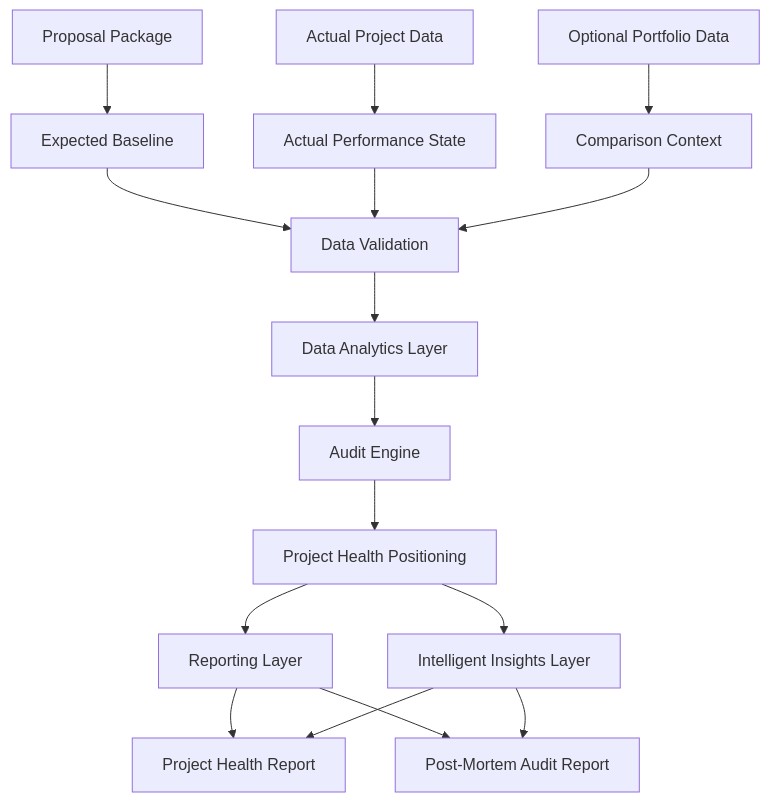
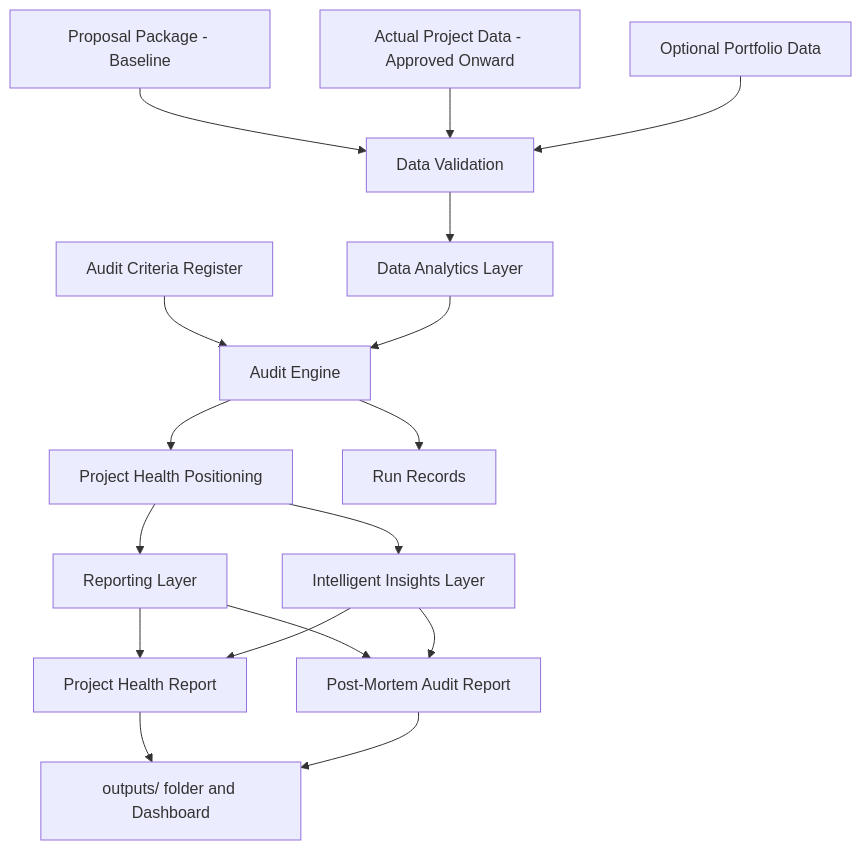
Before and after one commit to meownager/epm-insights: the first of 2 diagrams in docs/project-plan.md, drawn with Mermaid. The commit also changed other lines of this file and 5 other files, not shown here.

First line of the commit message:
Add overall PRD and system architecture; align plan and overview with approved-onward audit scope

````diff
--- a/docs/project-plan.md
+++ b/docs/project-plan.md
@@ -25,18 +25,19 @@
 ```mermaid
 flowchart TD
-    A[Proposal Package] --> B[Expected Baseline]
-    C[Actual Project Data] --> D[Actual Performance State]
-    E[Optional Portfolio Data] --> F[Comparison Context]
-    B --> G[Data Validation]
-    D --> G
-    F --> G
-    G --> H[Data Analytics Layer]
+    A[Proposal Package - Baseline] --> G
+    C[Actual Project Data - Approved Onward] --> G
+    E[Optional Portfolio Data] --> G
+    Q[Audit Criteria Register] --> I
+    G[Data Validation] --> H[Data Analytics Layer]
     H --> I[Audit Engine]
     I --> J[Project Health Positioning]
+    I --> T[Run Records]
     J --> K[Reporting Layer]
     J --> L[Intelligent Insights Layer]
     K --> M[Project Health Report]
     K --> N[Post-Mortem Audit Report]
     L --> M
     L --> N
+    M --> O[outputs/ folder and Dashboard]
+    N --> O
 ```
````
